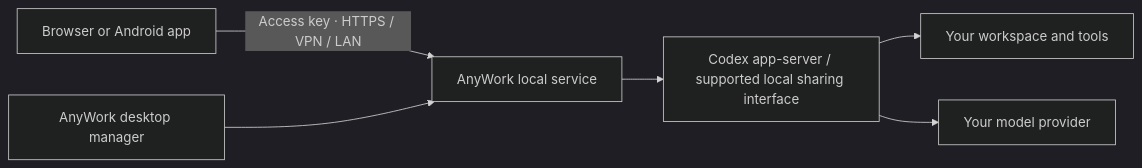
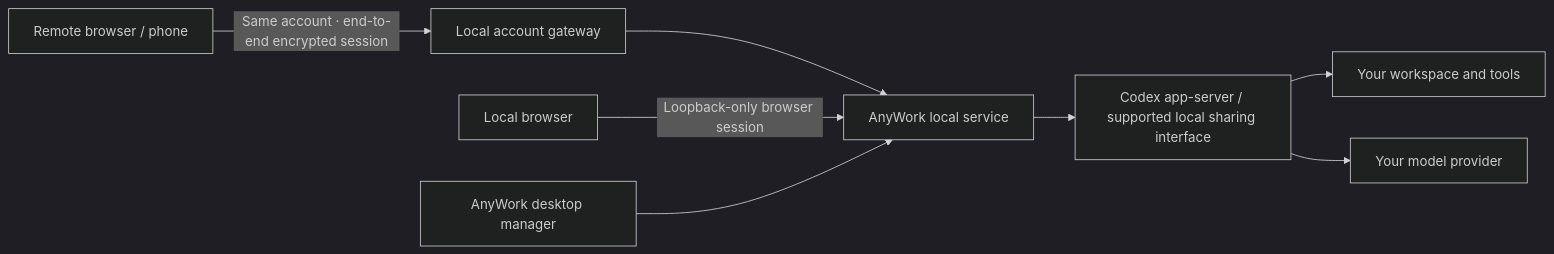
One commit to ywateru/AnyWork changed the diagram in README.md. Above: the diagram before and after it, drawn with Mermaid (dark theme). The commit also changed other lines of this file and 6 other files, not shown here.

Commit message:
Align user guides with unified account and local workspace flow

````diff
--- a/README.md
+++ b/README.md
@@ -86,8 +88,10 @@
 ```mermaid
 flowchart LR
-    B[Browser or Android app] -->|Access key · HTTPS / VPN / LAN| S[AnyWork local service]
+    B[Remote browser / phone] -->|Same account · end-to-end encrypted session| G[Local account gateway]
+    G --> S[AnyWork local service]
+    L[Local browser] -->|Loopback-only browser session| S
     D[AnyWork desktop manager] --> S
     S --> C[Codex app-server / supported local sharing interface]
     C --> W[Your workspace and tools]
     C --> M[Your model provider]
 ```
````
